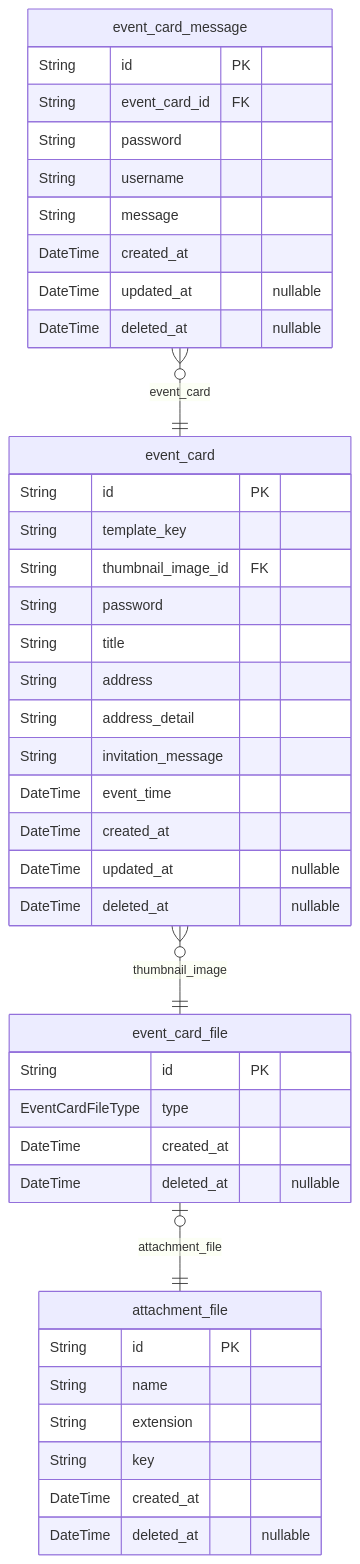
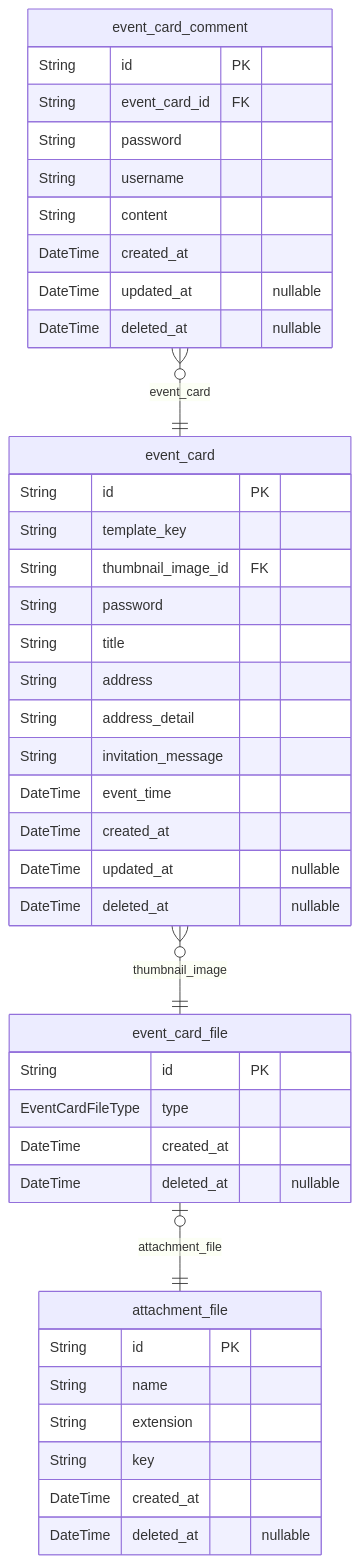
The diagram in ERD.md (ddi-ring/backend), drawn with Mermaid before and after one commit. The commit also changed other lines of this file and 18 other files, not shown here.

````diff
--- a/ERD.md
+++ b/ERD.md
@@ -9,44 +9,44 @@
 ```mermaid
 erDiagram
 "event_card" {
   String id PK
   String template_key
   String thumbnail_image_id FK
   String password
   String title
   String address
   String address_detail
   String invitation_message
   DateTime event_time
   DateTime created_at
   DateTime updated_at "nullable"
   DateTime deleted_at "nullable"
 }
 "event_card_file" {
   String id PK
   EventCardFileType type
   DateTime created_at
   DateTime deleted_at "nullable"
 }
-"event_card_message" {
+"event_card_comment" {
   String id PK
   String event_card_id FK
   String password
   String username
-  String message
+  String content
   DateTime created_at
   DateTime updated_at "nullable"
   DateTime deleted_at "nullable"
 }
 "attachment_file" {
   String id PK
   String name
   String extension
   String key
   DateTime created_at
   DateTime deleted_at "nullable"
 }
 "event_card" }o--|| "event_card_file" : thumbnail_image
 "event_card_file" |o--|| "attachment_file" : attachment_file
-"event_card_message" }o--|| "event_card" : event_card
+"event_card_comment" }o--|| "event_card" : event_card
 ```
````
